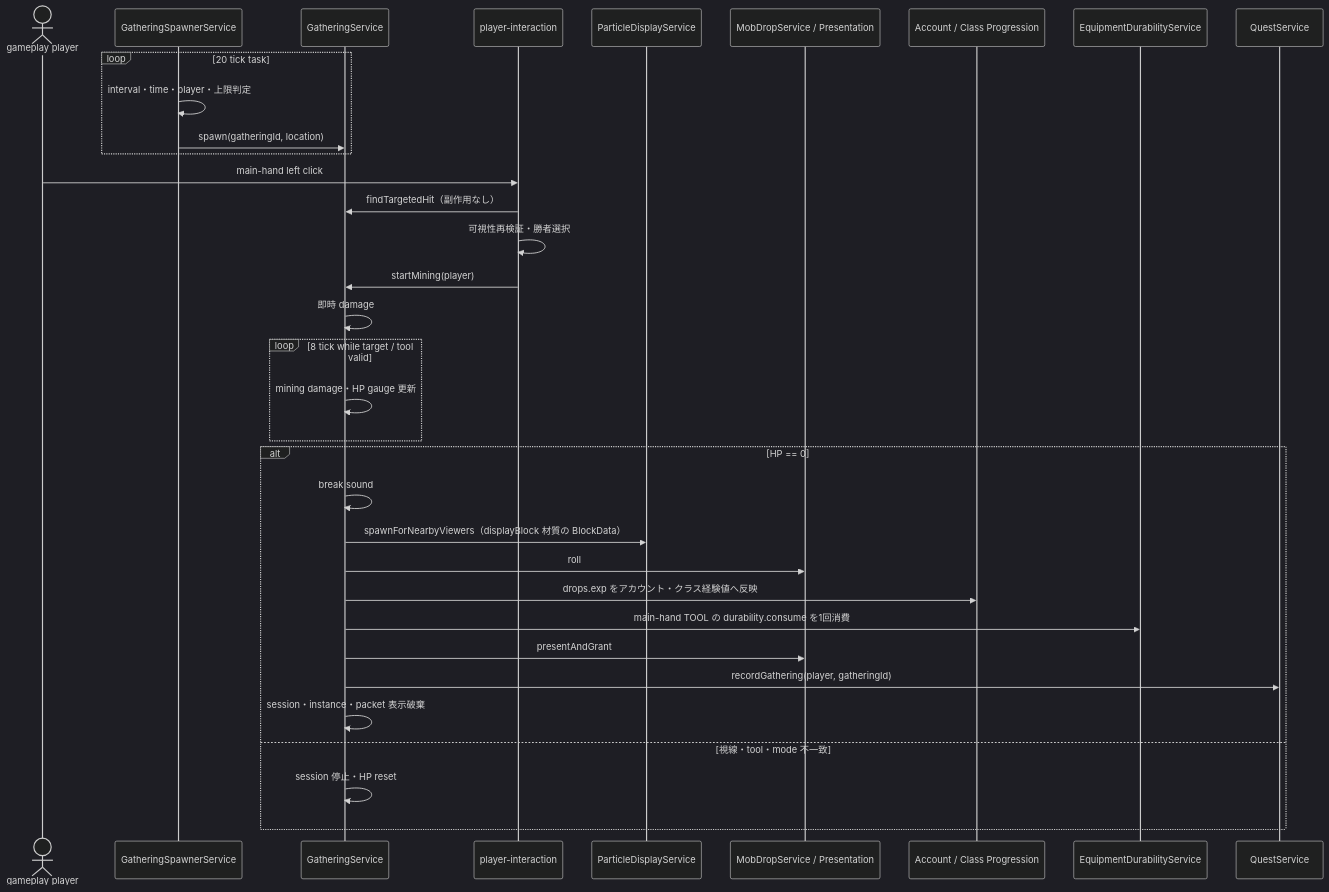
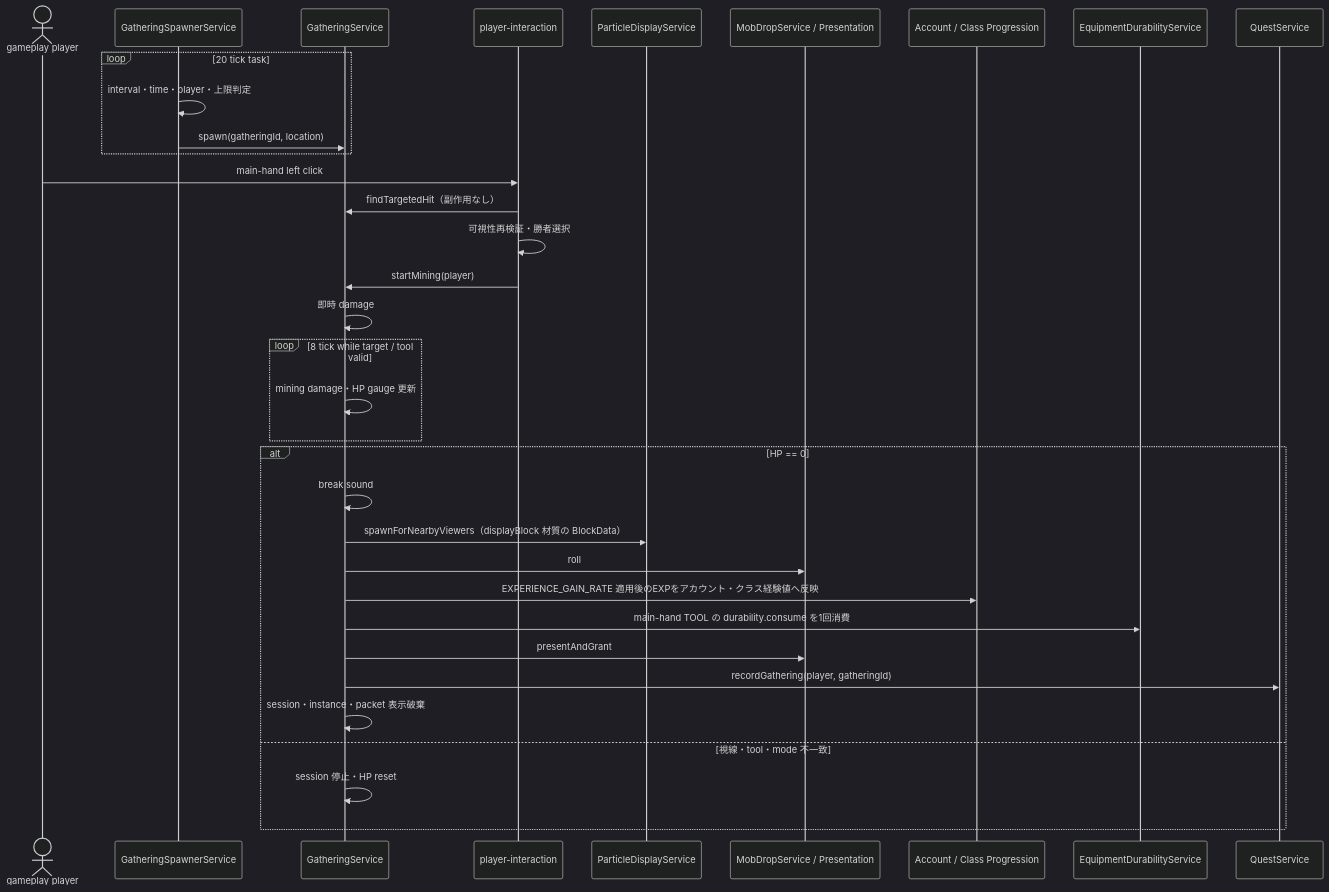
Before and after one commit to maaasu/AstralRecord-Workspace: the seventh of 7 diagrams in 00_docs/10_Plugin設計書/feature/12-mob/12_4-統合フロー.md, drawn with Mermaid (dark theme). The commit also changed other lines of this file and 24 other files, not shown here.

````diff
--- a/00_docs/10_Plugin設計書/feature/12-mob/12_4-統合フロー.md
+++ b/00_docs/10_Plugin設計書/feature/12-mob/12_4-統合フロー.md
@@ -206,37 +206,37 @@
 ```mermaid
 sequenceDiagram
     actor Player as gameplay player
     participant Spawner as GatheringSpawnerService
     participant Gather as GatheringService
     participant Input as player-interaction
     participant Particle as ParticleDisplayService
     participant Drop as MobDropService / Presentation
     participant Progression as Account / Class Progression
     participant Durability as EquipmentDurabilityService
     participant Quest as QuestService
 
     loop 20 tick task
         Spawner->>Spawner: interval・time・player・上限判定
         Spawner->>Gather: spawn(gatheringId, location)
     end
     Player->>Input: main-hand left click
     Input->>Gather: findTargetedHit（副作用なし）
     Input->>Input: 可視性再検証・勝者選択
     Input->>Gather: startMining(player)
     Gather->>Gather: 即時 damage
     loop 8 tick while target / tool valid
         Gather->>Gather: mining damage・HP gauge 更新
     end
     alt HP == 0
         Gather->>Gather: break sound
         Gather->>Particle: spawnForNearbyViewers（displayBlock 材質の BlockData）
         Gather->>Drop: roll
-        Gather->>Progression: drops.exp をアカウント・クラス経験値へ反映
+        Gather->>Progression: EXPERIENCE_GAIN_RATE 適用後のEXPをアカウント・クラス経験値へ反映
         Gather->>Durability: main-hand TOOL の durability.consume を1回消費
         Gather->>Drop: presentAndGrant
         Gather->>Quest: recordGathering(player, gatheringId)
         Gather->>Gather: session・instance・packet 表示破棄
     else 視線・tool・mode 不一致
         Gather->>Gather: session 停止・HP reset
     end
 ```
````
